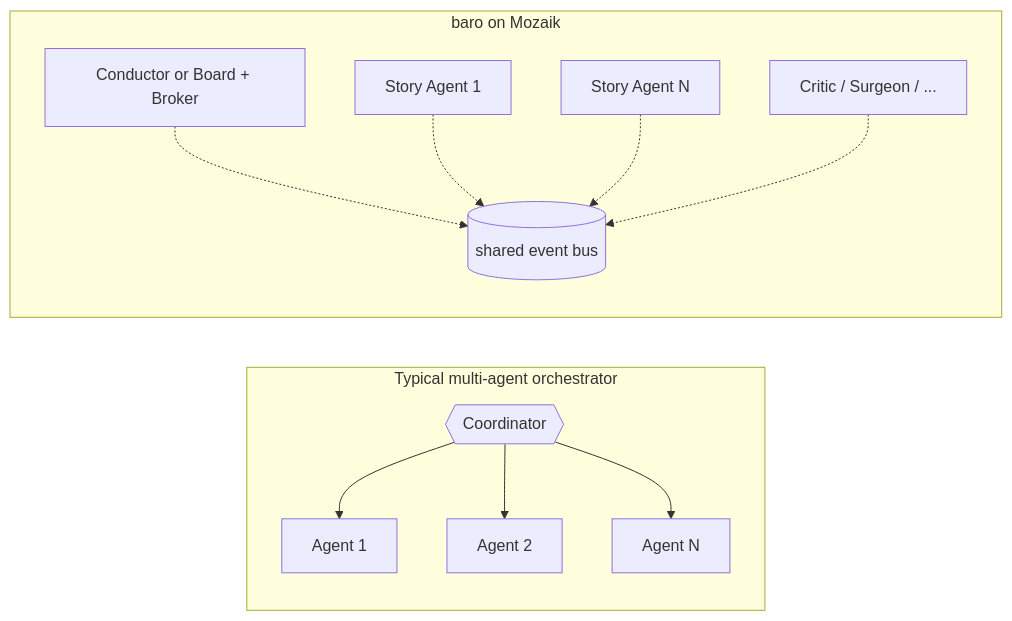
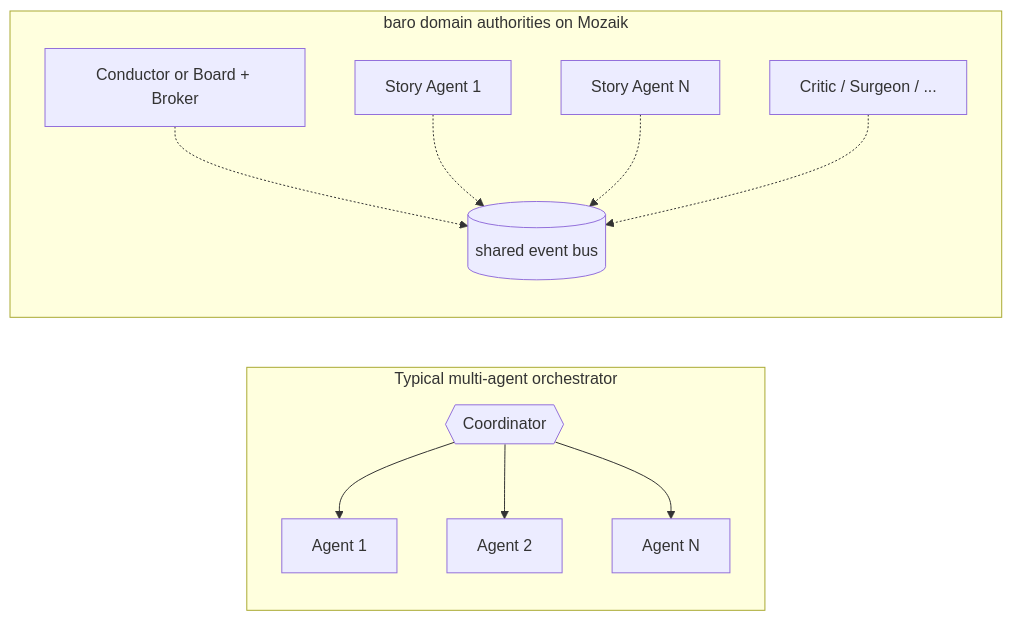
One commit to jigjoy-ai/baro changed the second of 2 diagrams in README.md. Above: the diagram before and after it, drawn with Mermaid. The commit also changed other lines of this file and 134 other files, not shown here.

````diff
--- a/README.md
+++ b/README.md
@@ -307,18 +316,18 @@
 ```mermaid
 flowchart LR
     subgraph A["Typical multi-agent orchestrator"]
         direction TB
         C{{Coordinator}}
         C --> A1[Agent 1]
         C --> A2[Agent 2]
         C --> A3[Agent N]
     end
-    subgraph B["baro on Mozaik"]
+    subgraph B["baro domain authorities on Mozaik"]
         direction TB
         Bus[(shared event bus)]
         P1[Conductor or Board + Broker] -.-> Bus
         P2[Story Agent 1] -.-> Bus
         P3[Story Agent N] -.-> Bus
         P4[Critic / Surgeon / ...] -.-> Bus
     end
 ```
````
